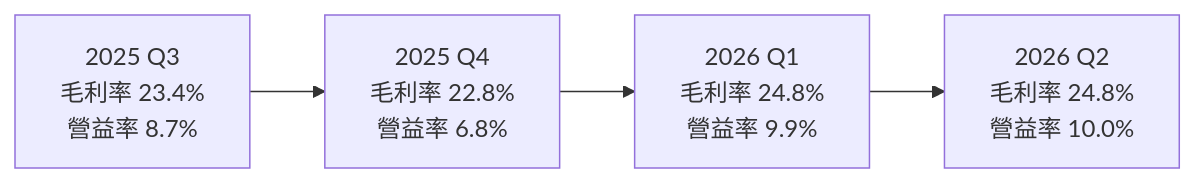
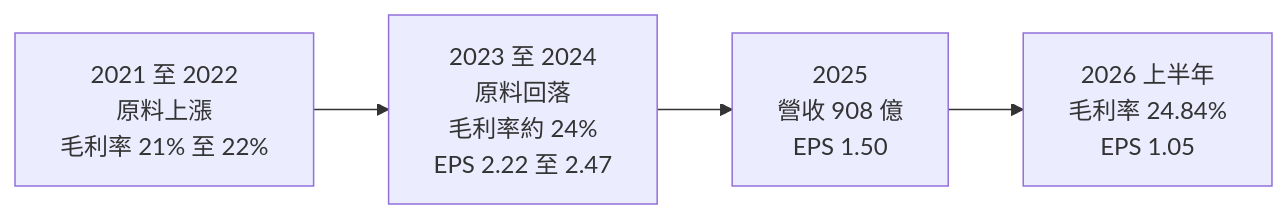
Before and after one commit to wangnick1004/taiwan-stock-vault: the third of 4 diagrams in 個股/台股/2105正新.md, drawn with Mermaid. The commit also changed other lines of this file and 16 other files, not shown here.

````diff
--- a/個股/台股/2105正新.md
+++ b/個股/台股/2105正新.md
@@ -136,4 +134,4 @@
 ```mermaid
 flowchart LR
-    Q1["2025 Q3<br/>毛利率 23.4%<br/>營益率 8.7%"] --> Q2["2025 Q4<br/>毛利率 22.8%<br/>營益率 6.8%"] --> Q3["2026 Q1<br/>毛利率 24.8%<br/>營益率 9.9%"] --> Q4["2026 Q2<br/>毛利率 24.8%<br/>營益率 10.0%"]
+    Y1["2021 至 2022<br/>原料上漲<br/>毛利率 21% 至 22%"] --> Y2["2023 至 2024<br/>原料回落<br/>毛利率約 24%<br/>EPS 2.22 至 2.47"] --> Y3["2025<br/>營收 908 億<br/>EPS 1.50"] --> Y4["2026 上半年<br/>毛利率 24.84%<br/>EPS 1.05"]
 ```
````
